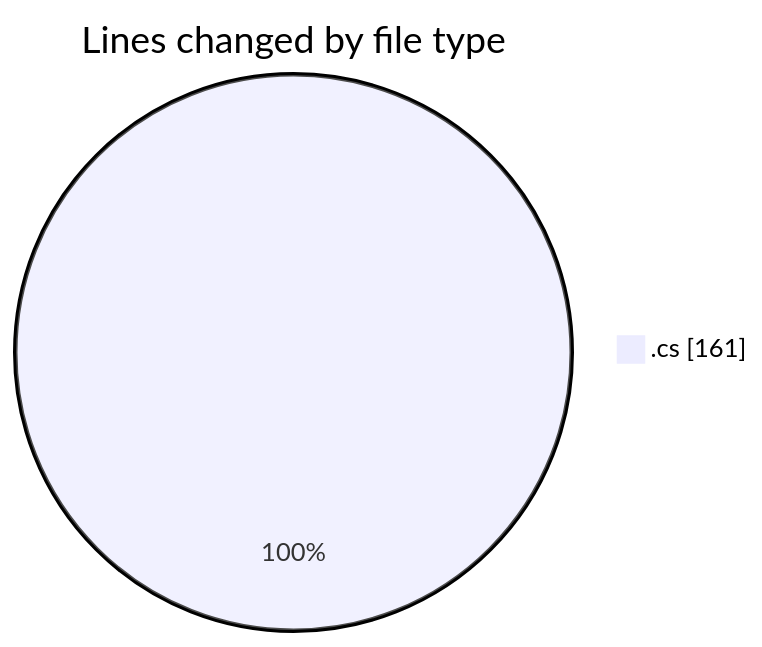
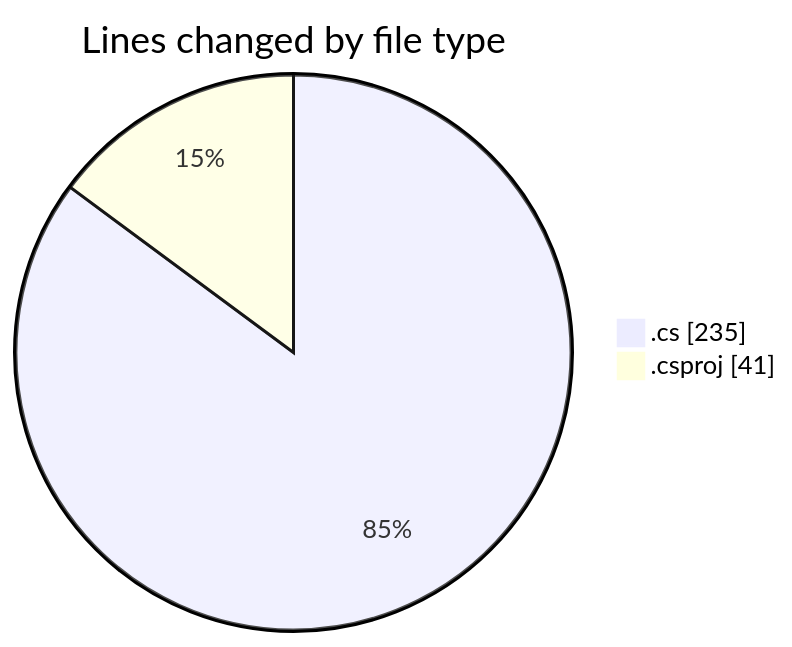
Before and after one commit to Netris89/code-tracking: the first of 2 diagrams in 2025-10-07/skintrack/README.md, drawn with Mermaid. The commit also changed other lines of this file and 1 other file, not shown here.

````diff
--- a/2025-10-07/skintrack/README.md
+++ b/2025-10-07/skintrack/README.md
@@ -23,5 +28,6 @@
 ```mermaid
 pie showData
 title Lines changed by file type
-".cs" : 161
+".cs" : 235
+".csproj" : 41
 ```
````
